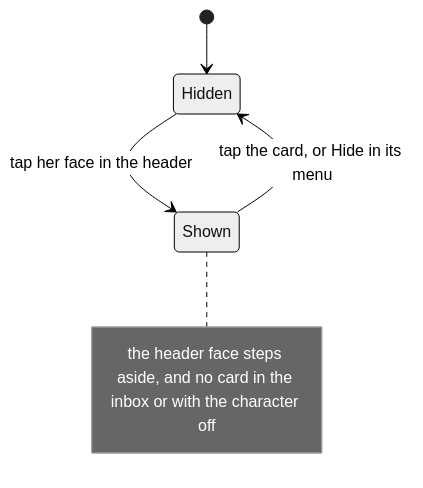
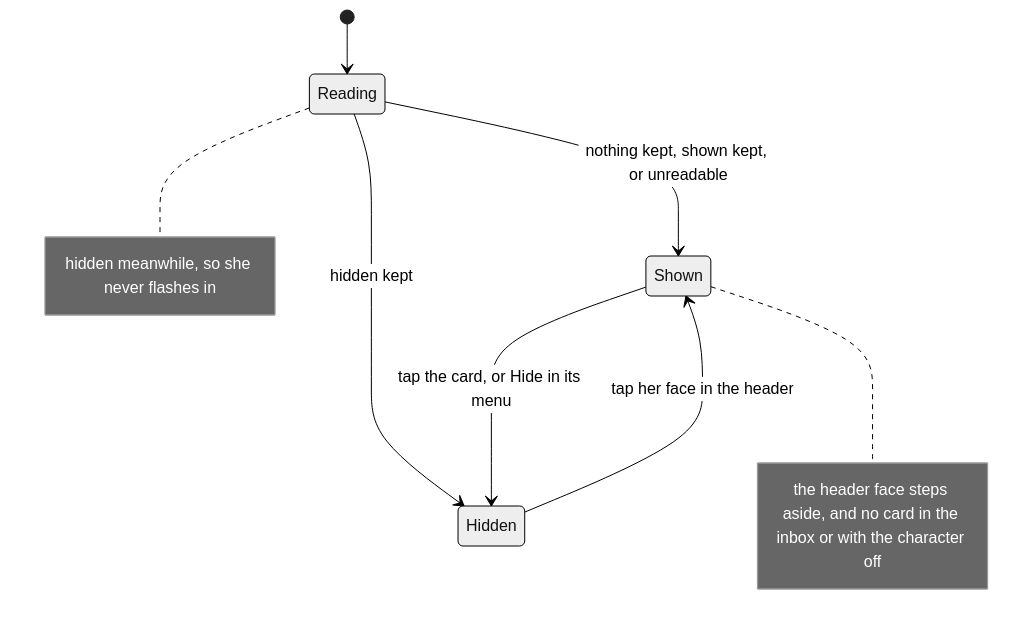
Before and after one commit to matthiasn/lotti: diagram 15 of 16 in knowledge/features/front_agent.md, drawn with Mermaid (neutral theme). The commit also changed other lines of this file and 34 other files, not shown here.

````diff
--- a/knowledge/features/front_agent.md
+++ b/knowledge/features/front_agent.md
@@ -1813,7 +1818,10 @@
 ```mermaid
 stateDiagram-v2
-  [*] --> Hidden
+  [*] --> Reading
+  Reading --> Shown: nothing kept, shown kept, or unreadable
+  Reading --> Hidden: hidden kept
   Hidden --> Shown: tap her face in the header
   Shown --> Hidden: tap the card, or Hide in its menu
+  note right of Reading: hidden meanwhile, so she never flashes in
   note right of Shown: the header face steps aside, and no card in the inbox or with the character off
 ```
````
